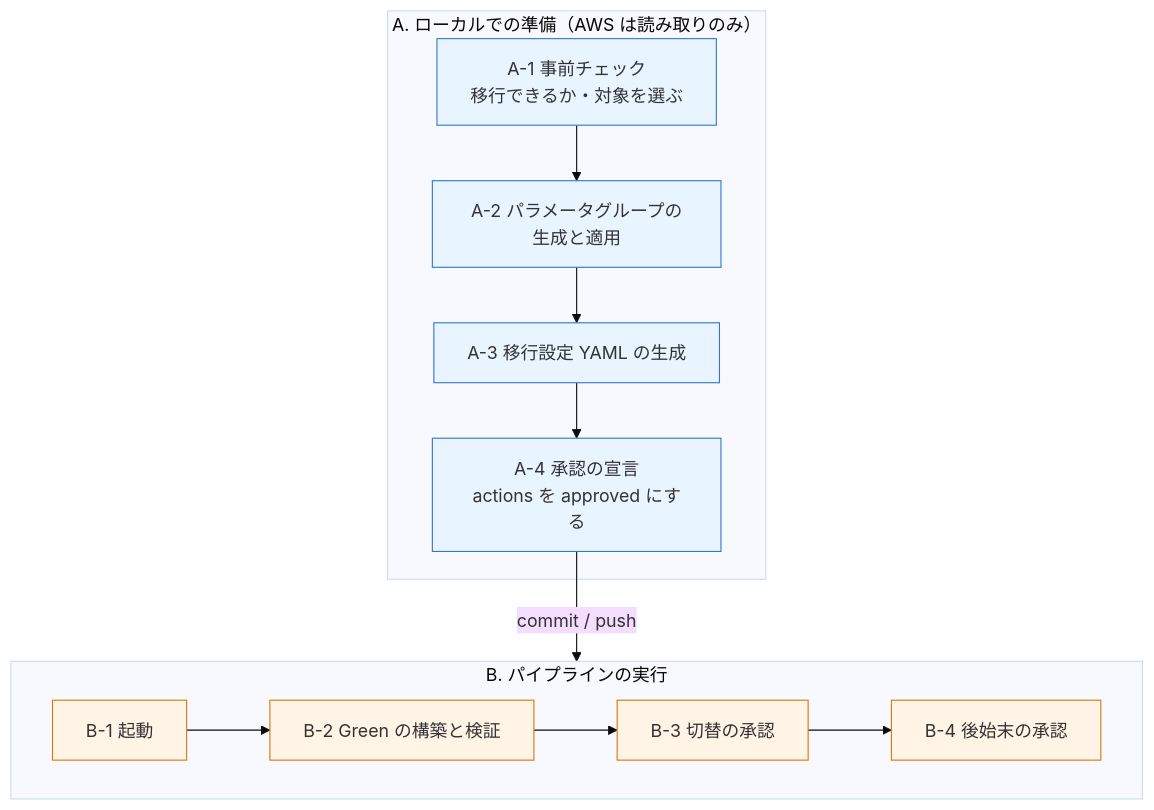
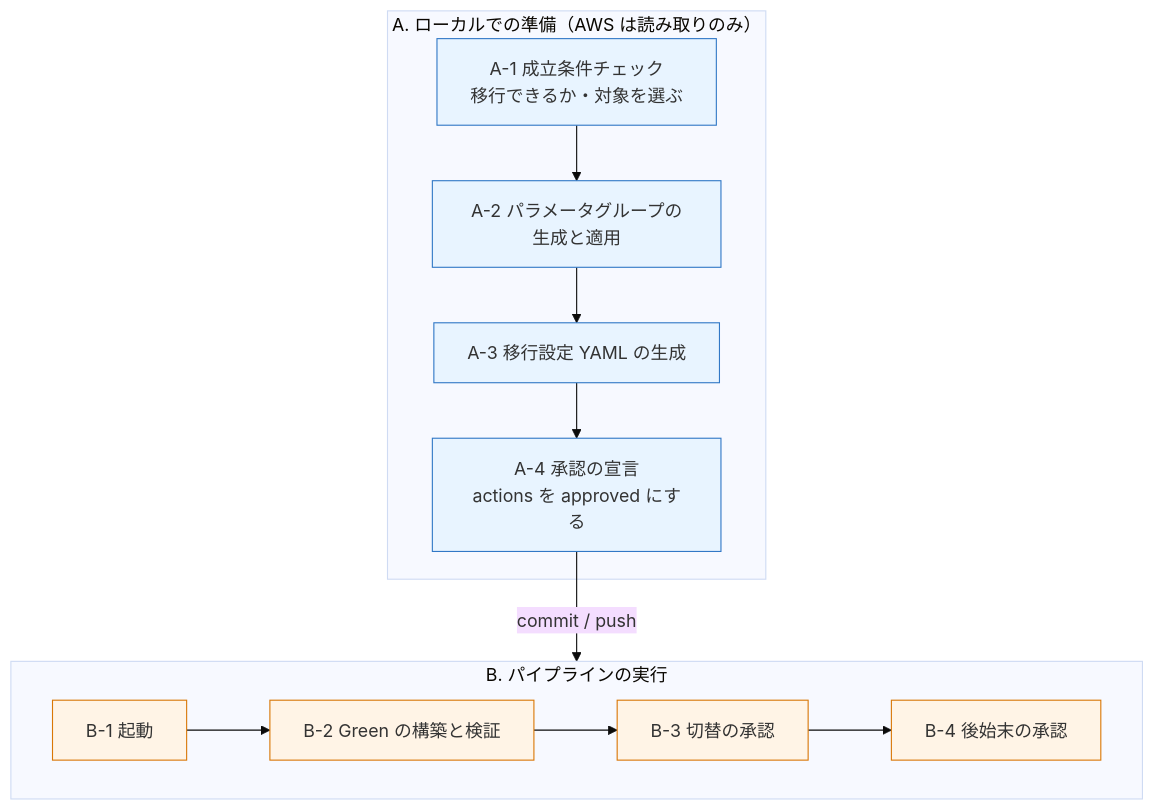
The first of 2 diagrams in docs/rds_mysql_upgrade/operations-migration-run.md (rxsxkxd/pk), drawn with Mermaid (base theme) before and after one commit. The commit also changed other lines of this file and 20 other files, not shown here.

````diff
--- a/docs/rds_mysql_upgrade/operations-migration-run.md
+++ b/docs/rds_mysql_upgrade/operations-migration-run.md
@@ -14,19 +14,19 @@
 ```mermaid
 flowchart TD
     subgraph local["A. ローカルでの準備（AWS は読み取りのみ）"]
-        A1["A-1 事前チェック<br/>移行できるか・対象を選ぶ"]
+        A1["A-1 成立条件チェック<br/>移行できるか・対象を選ぶ"]
         A2["A-2 パラメータグループの生成と適用"]
         A3["A-3 移行設定 YAML の生成"]
         A4["A-4 承認の宣言<br/>actions を approved にする"]
         A1 --> A2 --> A3 --> A4
     end
     A4 -->|"commit / push"| B
     subgraph B["B. パイプラインの実行"]
         B1["B-1 起動"] --> B2["B-2 Green の構築と検証"] --> B3["B-3 切替の承認"] --> B4["B-4 後始末の承認"]
     end
 
     classDef l fill:#e8f4ff,stroke:#3178c6
     classDef p fill:#fff4e6,stroke:#d97706
     class A1,A2,A3,A4 l
     class B1,B2,B3,B4 p
 ```
````
